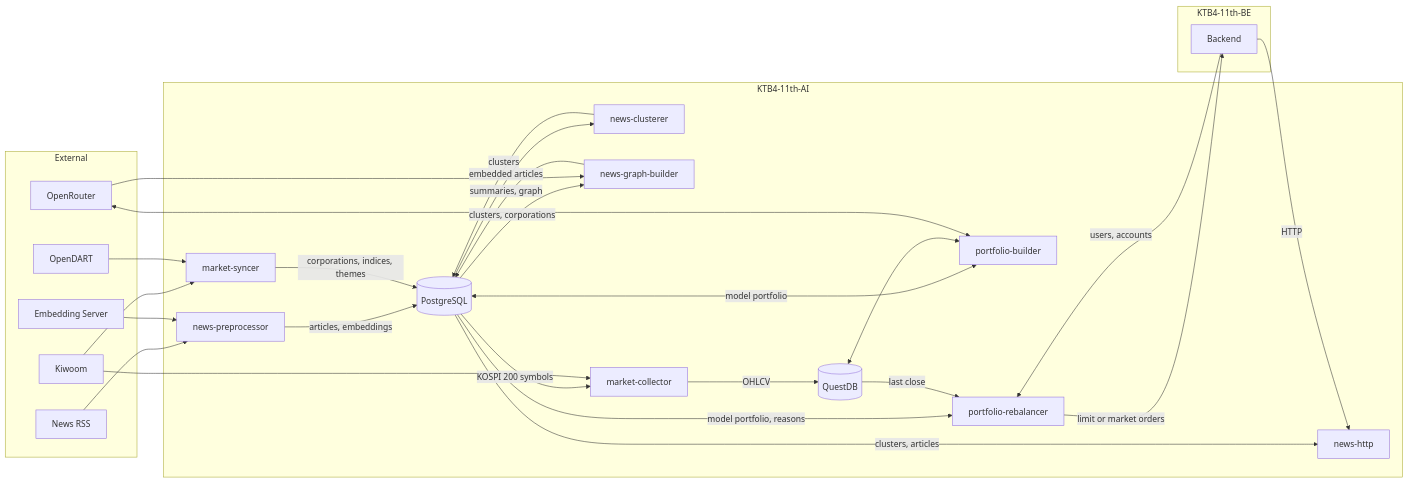
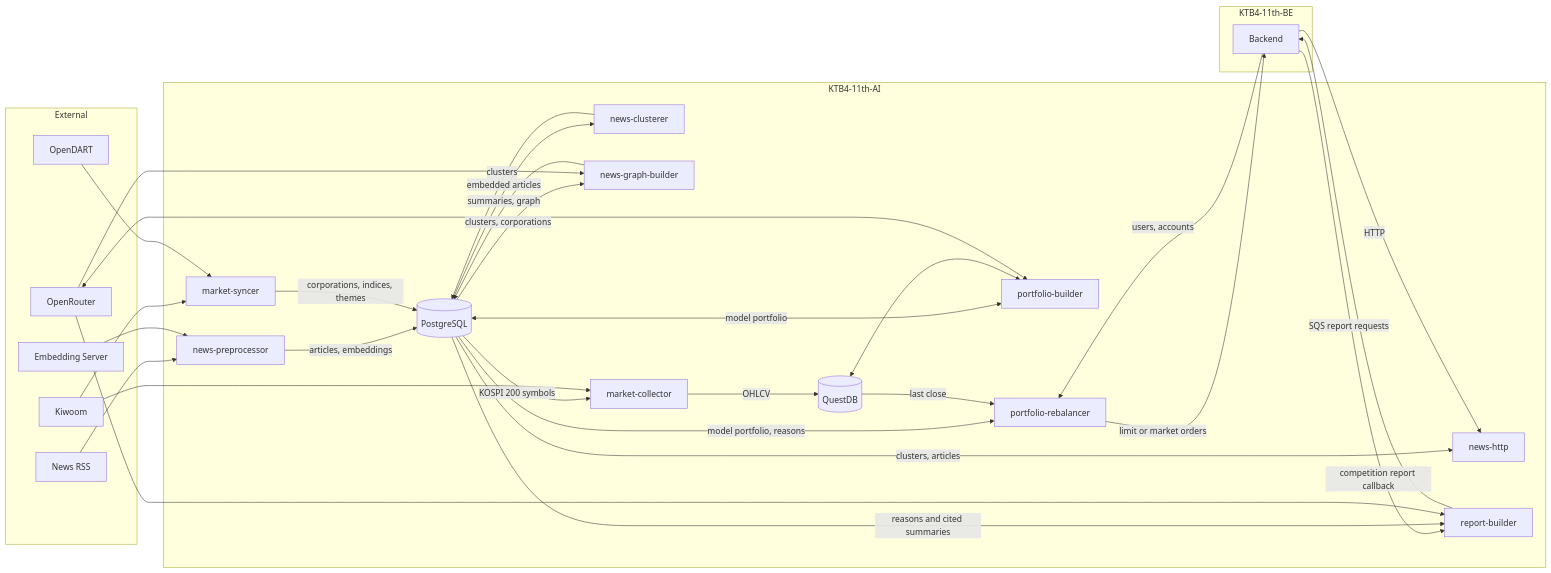
One commit to 100-hours-a-week/KTB4-11th-AI changed the first of 3 diagrams in README.md. Above: the diagram before and after it, drawn with Mermaid. The commit also changed other lines of this file and 17 other files, not shown here.

Commit message:
feat: consume competition report requests

````diff
--- a/README.md
+++ b/README.md
@@ -7,55 +7,60 @@
 ```mermaid
 flowchart LR
     subgraph EXT["External"]
         NEWS["News RSS"]
         KIWOOM["Kiwoom"]
         DART["OpenDART"]
         EMB["Embedding Server"]
         OPENROUTER["OpenRouter"]
     end
 
     subgraph AI["KTB4-11th-AI"]
         NP["news-preprocessor"]
         NC["news-clusterer"]
         MS["market-syncer"]
         NGB["news-graph-builder"]
         NH["news-http"]
         MC["market-collector"]
         PB["portfolio-builder"]
         PR["portfolio-rebalancer"]
+        RB["report-builder"]
         PG[("PostgreSQL")]
         QDB[("QuestDB")]
     end
 
     subgraph BACKEND["KTB4-11th-BE"]
         BE["Backend"]
     end
 
     NEWS --> NP
     EMB --> NP
     NP -->|articles, embeddings| PG
     PG -->|embedded articles| NC
     NC -->|clusters| PG
 
     KIWOOM --> MS
     DART --> MS
     MS -->|corporations, indices, themes| PG
     PG -->|clusters, corporations| NGB
     OPENROUTER --> NGB
     NGB -->|summaries, graph| PG
     PG -->|clusters, articles| NH
     BE -->|HTTP| NH
 
     PG -->|KOSPI 200 symbols| MC
     KIWOOM --> MC
     MC -->|OHLCV| QDB
 
     PG <-->|model portfolio| PB
     QDB <--> PB
     OPENROUTER <--> PB
 
     PG -->|model portfolio, reasons| PR
     QDB -->|last close| PR
     BE -->|users, accounts| PR
     PR -->|limit or market orders| BE
+    BE -->|SQS report requests| RB
+    PG -->|reasons and cited summaries| RB
+    OPENROUTER --> RB
+    RB -->|competition report callback| BE
 ```
````
